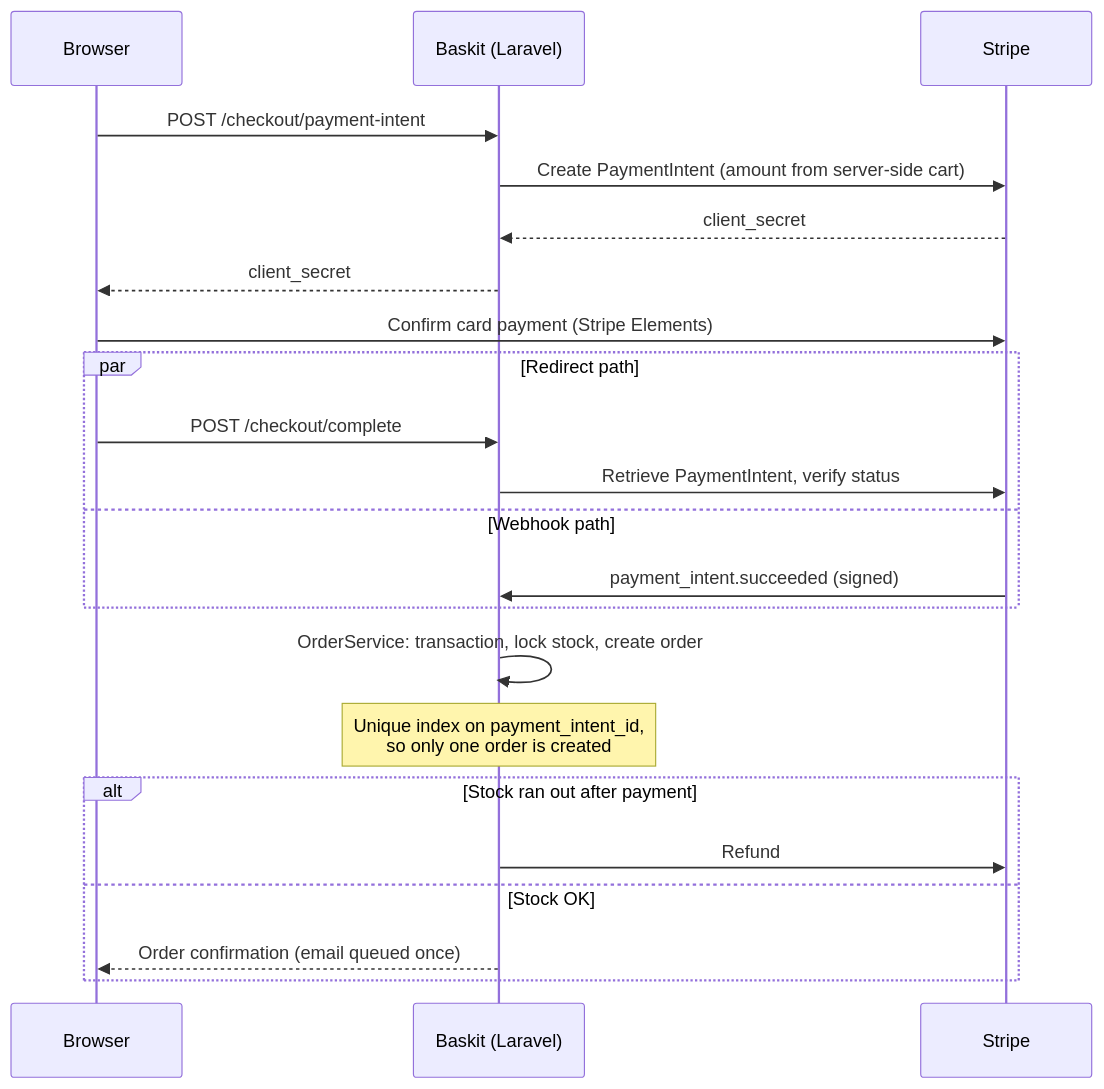
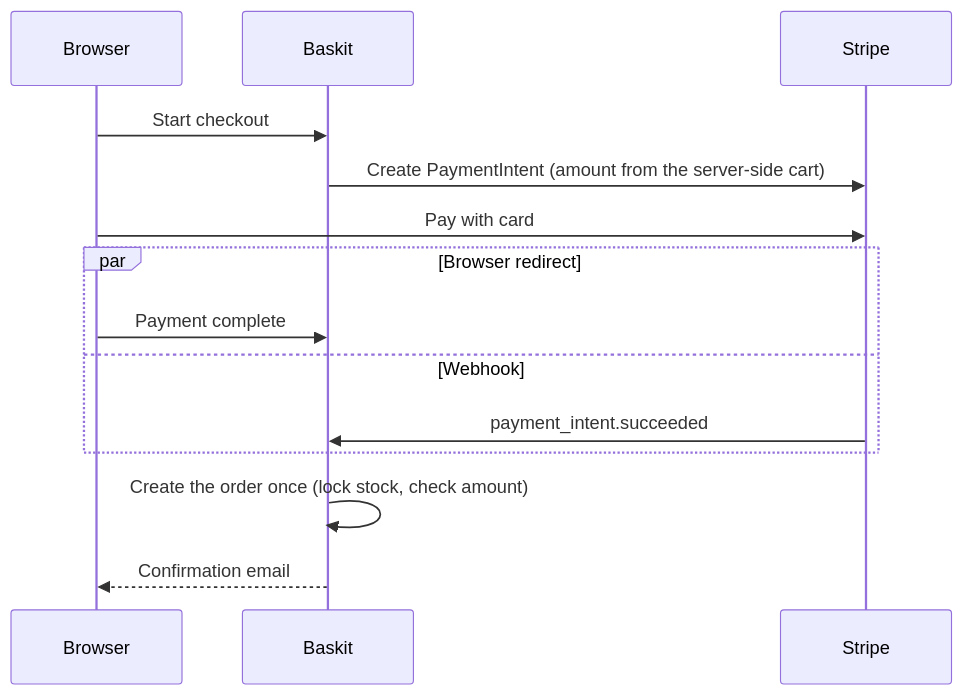
One commit to GHYounesse/baskit changed the diagram in README.md. Above: the diagram before and after it, drawn with Mermaid. The commit also changed other lines of this file and 1 other file, not shown here.

````diff
--- a/README.md
+++ b/README.md
@@ -91,25 +85,17 @@
 ```mermaid
 sequenceDiagram
     participant B as Browser
-    participant A as Baskit (Laravel)
+    participant A as Baskit
     participant S as Stripe
 
-    B->>A: POST /checkout/payment-intent
-    A->>S: Create PaymentIntent (amount from server-side cart)
-    S-->>A: client_secret
-    A-->>B: client_secret
-    B->>S: Confirm card payment (Stripe Elements)
-    par Redirect path
-        B->>A: POST /checkout/complete
-        A->>S: Retrieve PaymentIntent, verify status
-    and Webhook path
-        S->>A: payment_intent.succeeded (signed)
+    B->>A: Start checkout
+    A->>S: Create PaymentIntent (amount from the server-side cart)
+    B->>S: Pay with card
+    par Browser redirect
+        B->>A: Payment complete
+    and Webhook
+        S->>A: payment_intent.succeeded
     end
-    A->>A: OrderService: transaction, lock stock, create order
-    Note over A: Unique index on payment_intent_id,<br/>so only one order is created
-    alt Stock ran out after payment
-        A->>S: Refund
-    else Stock OK
-        A-->>B: Order confirmation (email queued once)
-    end
+    A->>A: Create the order once (lock stock, check amount)
+    A-->>B: Confirmation email
 ```
````
